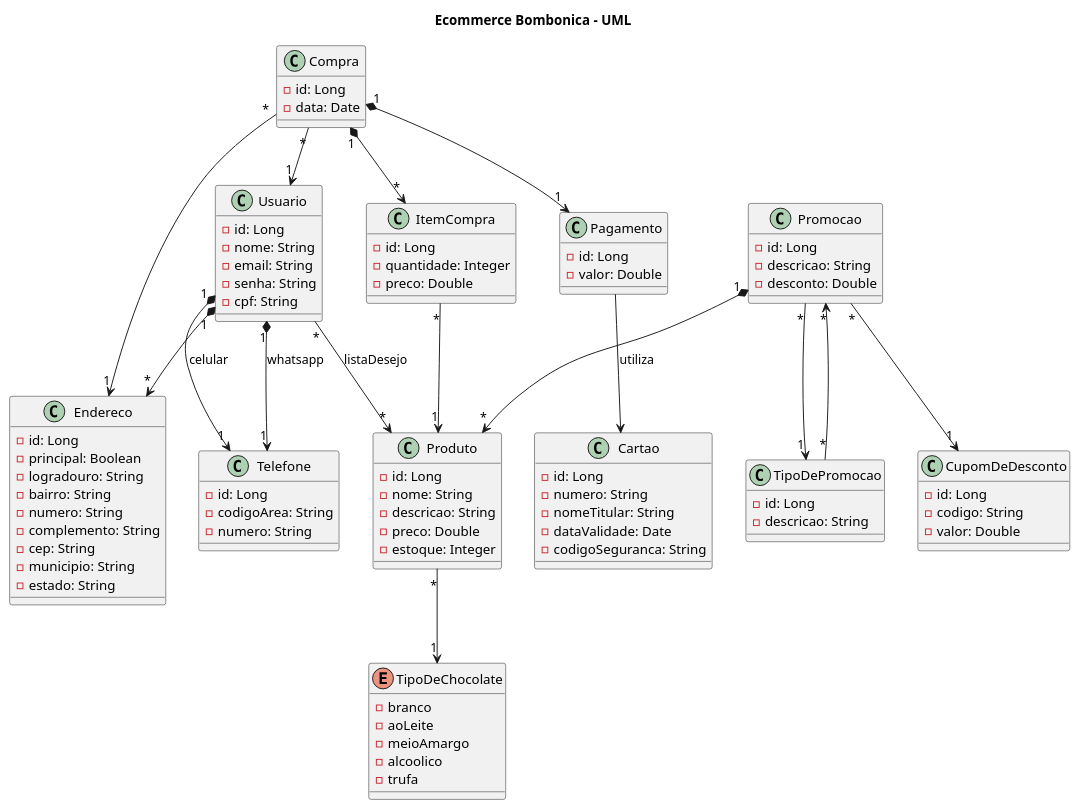
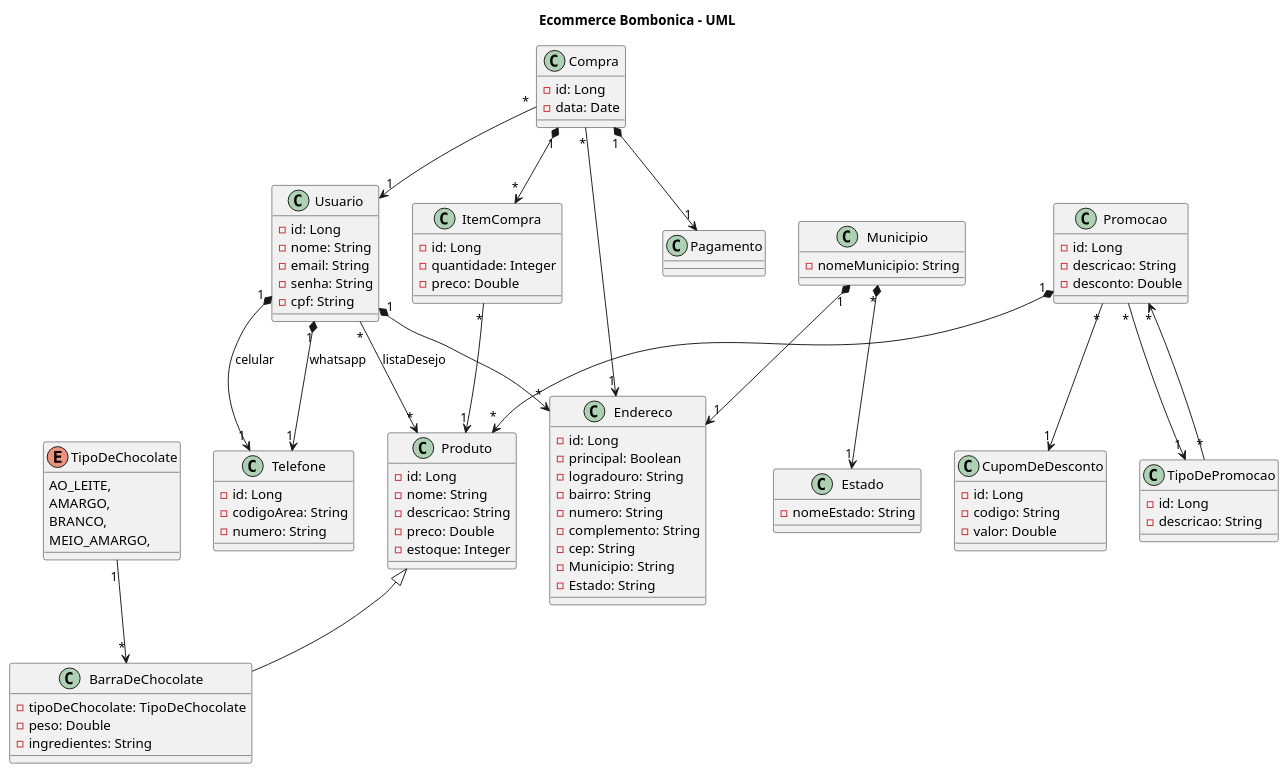
The diagram in Bombonica.plantuml (muniznicole/EcommerceBombonica), drawn with PlantUML before and after one commit. The commit also changed 1 other file, not shown here.

```diff
--- a/Bombonica.plantuml
+++ b/Bombonica.plantuml
@@ -1,109 +1,112 @@
 @startuml Bombonica
 
     title Ecommerce Bombonica - UML
 
     class Produto {
         - id: Long
         - nome: String
         - descricao: String
         - preco: Double
         - estoque: Integer
     }
 
+    class BarraDeChocolate {
+        - tipoDeChocolate: TipoDeChocolate
+        - peso: Double
+        - ingredientes: String
+    }
+
     enum TipoDeChocolate {
-        - branco
-        - aoLeite
-        - meioAmargo
-        - alcoolico
-        - trufa
+        AO_LEITE,
+        AMARGO,
+        BRANCO,
+        MEIO_AMARGO,
     }
 
     class Usuario {
         - id: Long
         - nome: String
         - email: String
         - senha: String
         - cpf: String
     }
 
     class Telefone {
         - id: Long
         - codigoArea: String
         - numero: String
     }
 
     class Compra {
         - id: Long
         - data: Date
     }
 
     class ItemCompra {
         - id: Long
         - quantidade: Integer
         - preco: Double
     }
 
     class Endereco {
         - id: Long
         - principal: Boolean
         - logradouro: String
         - bairro: String
         - numero: String
         - complemento: String
         - cep: String
-        - municipio: String
-        - estado: String 
+        - Municipio: String
+        - Estado: String 
+    }
+
+    class Municipio{
+        - nomeMunicipio: String
+    }
+
+    class Estado {
+        - nomeEstado: String
     }
 
     class TipoDePromocao {
         - id: Long
         - descricao: String
     }
 
     class Promocao {
         - id: Long
         - descricao: String
         - desconto: Double
     }
 
     class CupomDeDesconto {
         - id: Long
         - codigo: String
         - valor: Double
     }
 
-    class Cartao {
-        - id: Long
-        - numero: String
-        - nomeTitular: String
-        - dataValidade: Date
-        - codigoSeguranca: String
-    }
+    Produto <|-- BarraDeChocolate
 
-    class Pagamento {
-        - id: Long
-        - valor: Double
-    }
-
-    Produto "*" --> "1" TipoDeChocolate
+    TipoDeChocolate "1" --> "*" BarraDeChocolate
 
     Usuario "*" --> "*" Produto: listaDesejo
     Usuario "1" *--> "1" Telefone: celular
     Usuario "1" *--> "1" Telefone: whatsapp
     Usuario "1" *--> "*" Endereco
+
+    Municipio "1" *--> "1" Endereco  
+    Municipio "*" *--> "1" Estado
 
     Compra "1" *--> "*" ItemCompra
     Compra "*" --> "1" Usuario
     Compra "*" --> "1" Endereco
     Compra "1" *--> "1" Pagamento
 
     ItemCompra "*" --> "1" Produto
 
     TipoDePromocao "*" --> "*" Promocao
     Promocao "1" *--> "*" Produto
     Promocao "*" --> "1" CupomDeDesconto
     Promocao "*" --> "1" TipoDePromocao
 
-    Pagamento --> Cartao: utiliza
-
 @enduml
```
